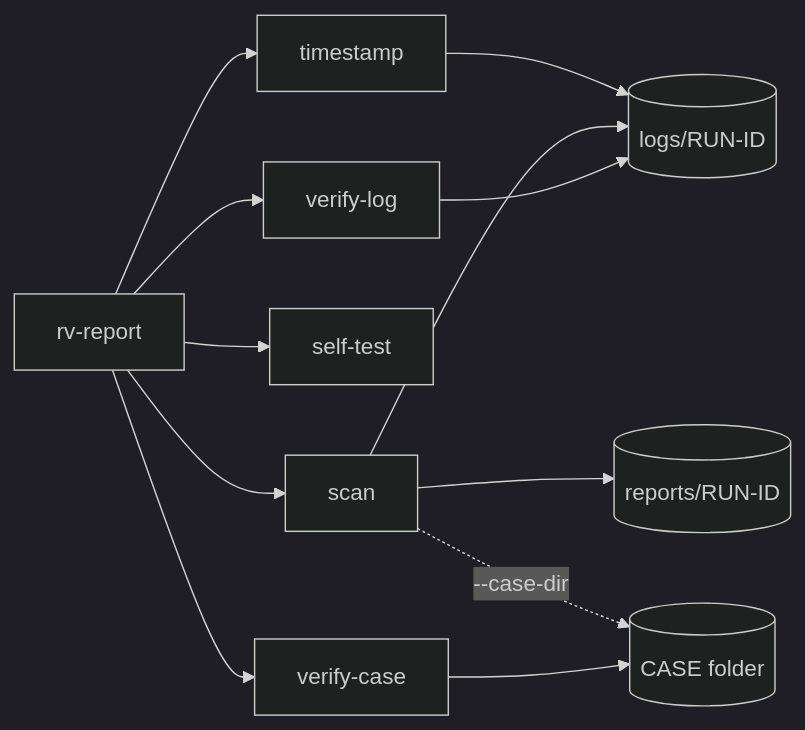
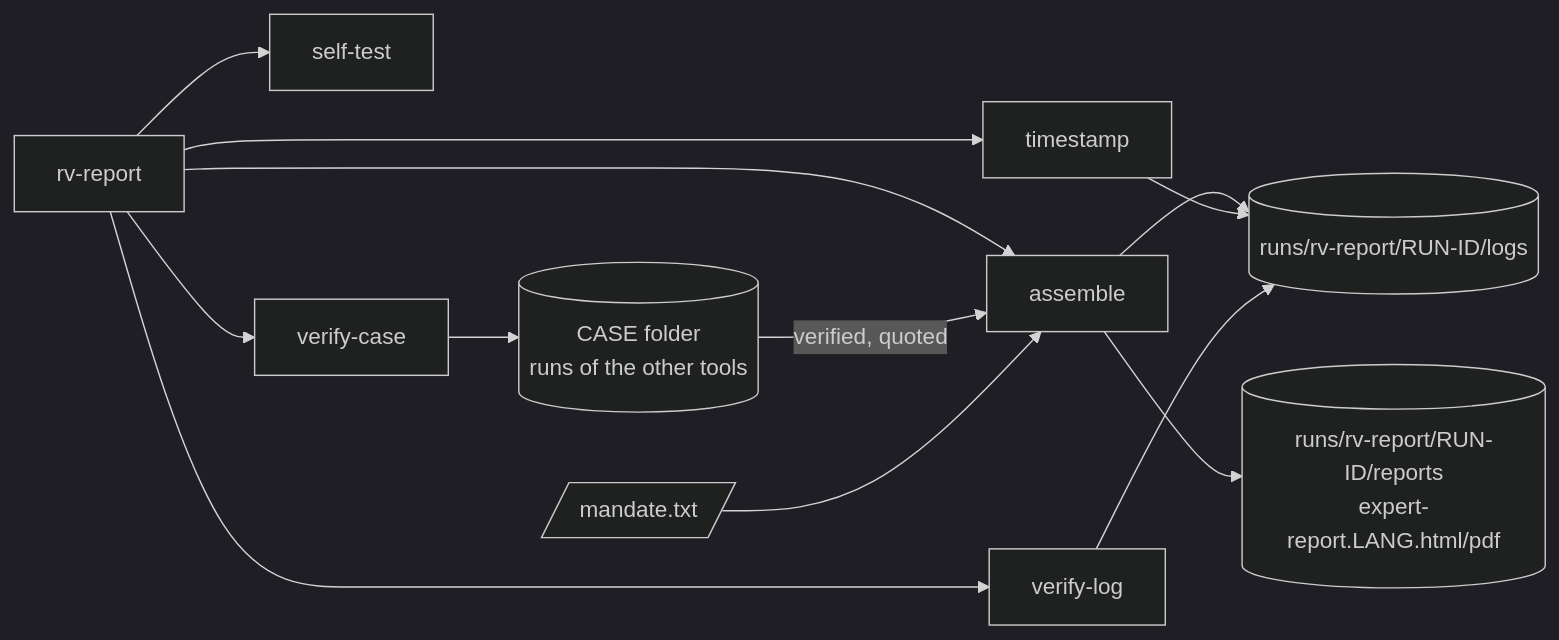
The diagram in docs/usage-cli.md (Panacota96/rv-report), drawn with Mermaid (dark theme) before and after one commit. The commit also changed other lines of this file and 240 other files, not shown here.

First line of the commit message:
feat: RV Report v0.1 — expert report assembled from a verified case (#7)

````diff
--- a/docs/usage-cli.md
+++ b/docs/usage-cli.md
@@ -5,14 +5,15 @@
 ```mermaid
 flowchart LR
-  A[rv-report] --> B[scan]
+  A[rv-report] --> B[assemble]
   A --> C[verify-log]
   A --> D[self-test]
   A --> T[timestamp]
   A --> V[verify-case]
+  K[(CASE folder<br/>runs of the other tools)] -- verified, quoted --> B
+  M[/mandate.txt/] --> B
+  B --> E[(runs/rv-report/RUN-ID/logs)]
+  B --> F[(runs/rv-report/RUN-ID/reports<br/>expert-report.LANG.html/pdf)]
+  V --> K
   T --> E
-  B --> E[(logs/RUN-ID)]
-  B --> F[(reports/RUN-ID)]
-  B -. --case-dir .-> K[(CASE folder)]
-  V --> K
   C --> E
 ```
````
